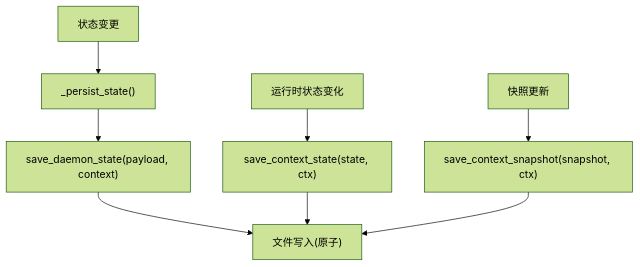
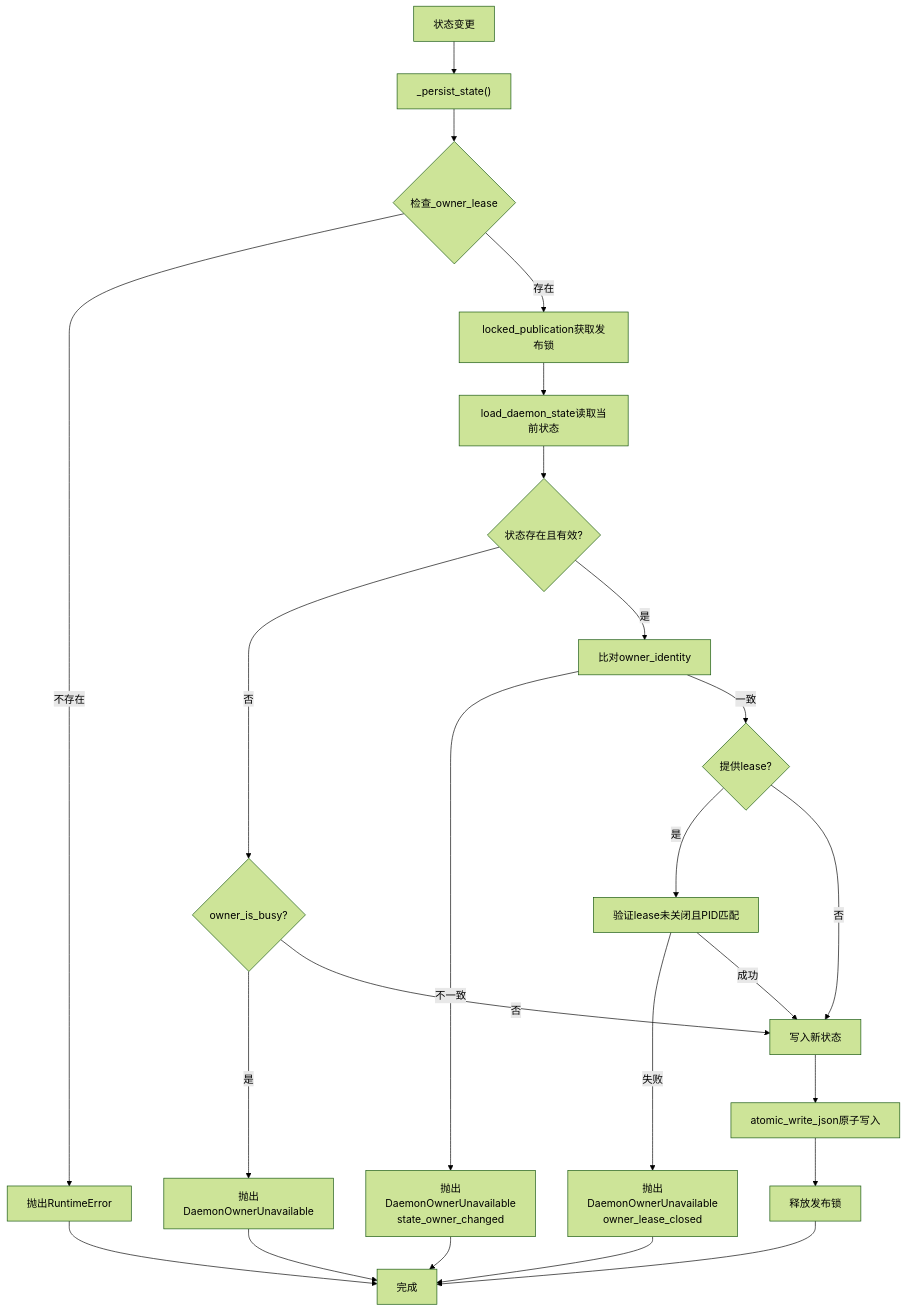
The fifth of 8 diagrams in .qoder/repowiki/zh/content/架构设计/守护进程通信/守护进程服务器.md (haolange/RDC-Tool), drawn with Mermaid (forest theme) before and after one commit. The commit also changed other lines of this file and 67 other files, not shown here.

````diff
--- a/.qoder/repowiki/zh/content/架构设计/守护进程通信/守护进程服务器.md
+++ b/.qoder/repowiki/zh/content/架构设计/守护进程通信/守护进程服务器.md
@@ -222,10 +276,26 @@
 ```mermaid
 flowchart TD
 A["状态变更"] --> B["_persist_state()"]
-B --> C["save_daemon_state(payload, context)"]
-A2["运行时状态变化"] --> D["save_context_state(state, ctx)"]
-A3["快照更新"] --> E["save_context_snapshot(snapshot, ctx)"]
-C --> F["文件写入(原子)"]
-D --> F
-E --> F
+B --> C{"检查_owner_lease"}
+C --> |不存在| Err1["抛出RuntimeError"]
+C --> |存在| D["locked_publication获取发布锁"]
+D --> E["load_daemon_state读取当前状态"]
+E --> F{"状态存在且有效?"}
+F --> |否| G{"owner_is_busy?"}
+G --> |是| Err2["抛出DaemonOwnerUnavailable"]
+G --> |否| H["写入新状态"]
+F --> |是| I["比对owner_identity"]
+I --> |不一致| Err3["抛出DaemonOwnerUnavailable<br/>state_owner_changed"]
+I --> |一致| J{"提供lease?"}
+J --> |是| K["验证lease未关闭且PID匹配"]
+K --> |失败| Err4["抛出DaemonOwnerUnavailable<br/>owner_lease_closed"]
+K --> |成功| H
+J --> |否| H
+H --> L["atomic_write_json原子写入"]
+L --> M["释放发布锁"]
+M --> N["完成"]
+Err1 --> N
+Err2 --> N
+Err3 --> N
+Err4 --> N
 ```
````
